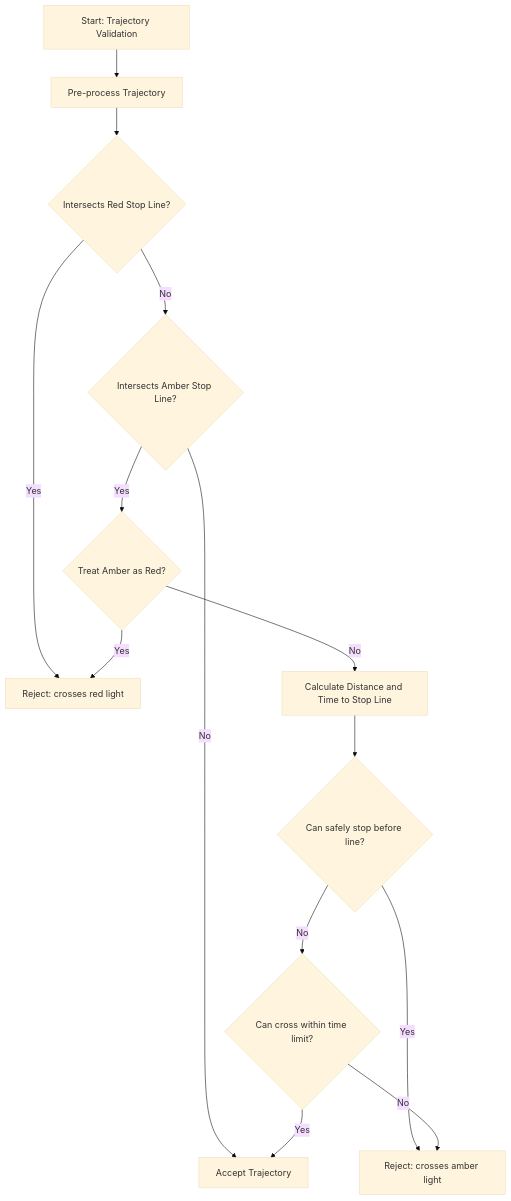
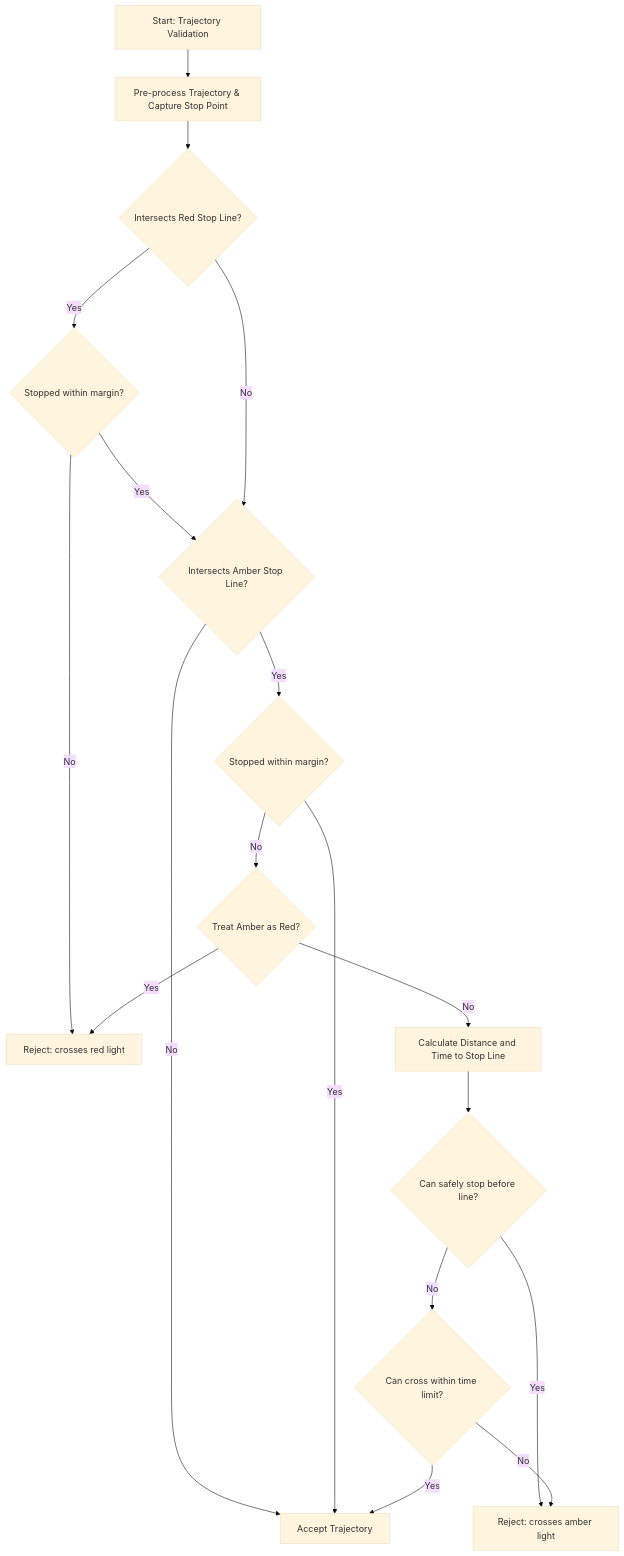
Before and after one commit to tier4/autoware_universe: the diagram in planning/autoware_trajectory_validator/TrafficLightFilter.md, drawn with Mermaid (base theme). The commit also changed other lines of this file and 4 other files, not shown here.

Commit message:
feat(traffic_light_filter): add stop_distance_margin parameter

````diff
--- a/planning/autoware_trajectory_validator/TrafficLightFilter.md
+++ b/planning/autoware_trajectory_validator/TrafficLightFilter.md
@@ -27,16 +32,20 @@
 ```mermaid
 graph TD
-    A[Start: Trajectory Validation] --> B[Pre-process Trajectory]
+    A[Start: Trajectory Validation] --> B[Pre-process Trajectory & Capture Stop Point]
     B --> C{Intersects Red Stop Line?}
-    C -- Yes --> D[Reject: crosses red light]
-    C -- No --> E{Intersects Amber Stop Line?}
+    C -- Yes --> C1{Stopped within margin?}
+    C1 -- No --> D[Reject: crosses red light]
+    C1 -- Yes --> E{Intersects Amber Stop Line?}
+    C -- No --> E
     E -- No --> F[Accept Trajectory]
-    E -- Yes --> G{Treat Amber as Red?}
+    E -- Yes --> E1{Stopped within margin?}
+    E1 -- Yes --> F
+    E1 -- No --> G{Treat Amber as Red?}
     G -- Yes --> D
     G -- No --> H[Calculate Distance and Time to Stop Line]
     H --> I{Can safely stop before line?}
     I -- Yes --> J[Reject: crosses amber light]
     I -- No --> K{Can cross within time limit?}
     K -- Yes --> F
     K -- No --> J
 ```
````
